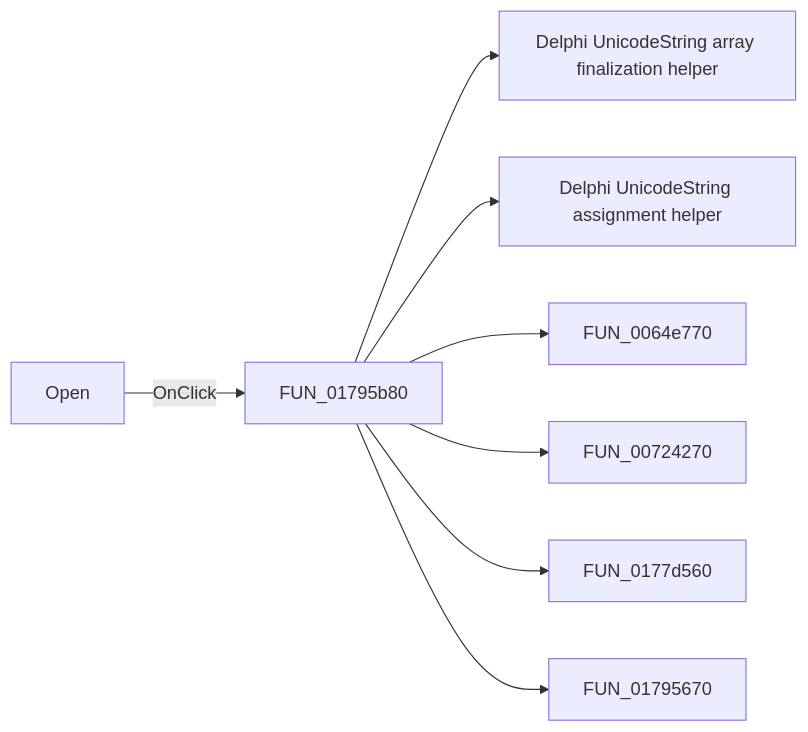
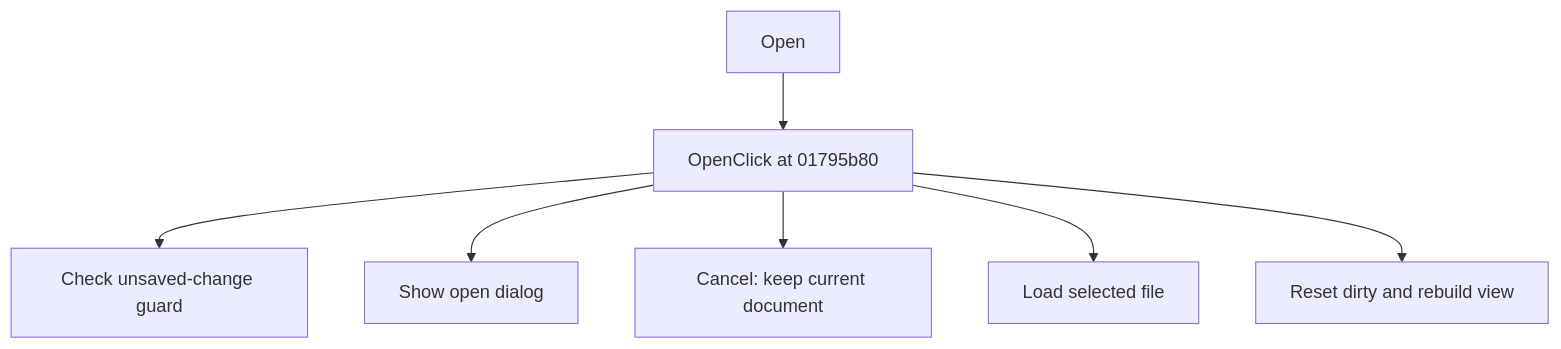
One commit to MovGP0/TIARA changed the diagram in docs/ui-controls/shapeedit/sbopen-894aa8ce61.md. Above: the diagram before and after it, drawn with Mermaid. The commit also changed other lines of this file and 1062 other files, not shown here.

````diff
--- a/docs/ui-controls/shapeedit/sbopen-894aa8ce61.md
+++ b/docs/ui-controls/shapeedit/sbopen-894aa8ce61.md
@@ -27,10 +27,9 @@
 ```mermaid
-flowchart LR
-    control["Open"] -->|OnClick| handler["FUN_01795b80"]
-    handler --> call1["Delphi UnicodeString array finalization helper"]
-    handler --> call2["Delphi UnicodeString assignment helper"]
-    handler --> call3["FUN_0064e770"]
-    handler --> call4["FUN_00724270"]
-    handler --> call5["FUN_0177d560"]
-    handler --> call6["FUN_01795670"]
+flowchart TD
+    control["Open"] --> handler["OpenClick at 01795b80"]
+    handler --> step1["Check unsaved-change guard"]
+    handler --> step2["Show open dialog"]
+    handler --> step3["Cancel: keep current document"]
+    handler --> step4["Load selected file"]
+    handler --> step5["Reset dirty and rebuild view"]
 ```
````
